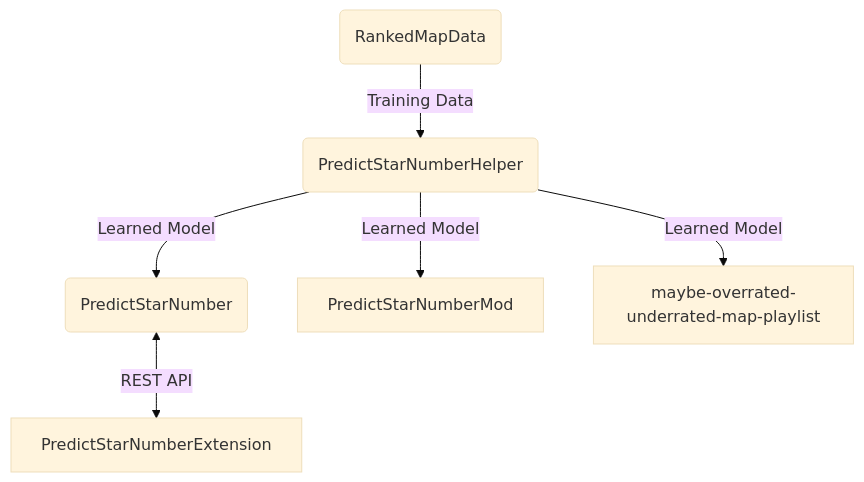
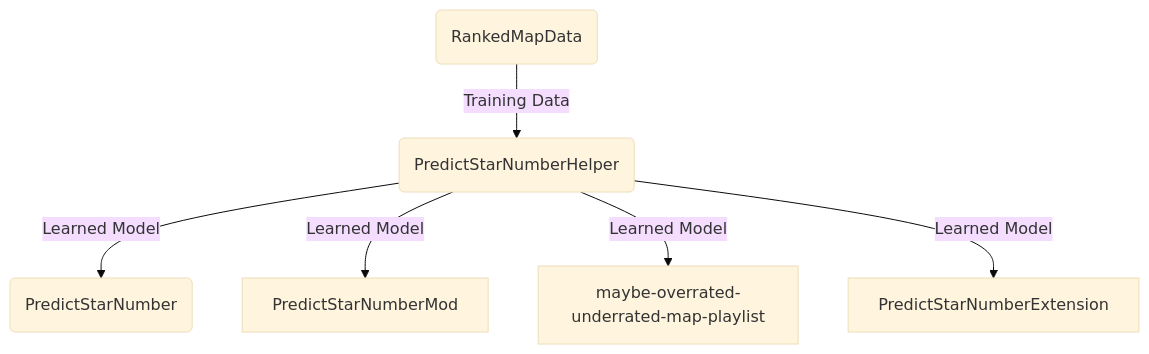
The diagram in content/production/BeatSaber/index.md (rakkyo150/rakkyo150.github.io), drawn with Mermaid (base theme) before and after one commit. The commit also changed other lines of this file and 7 other files, not shown here.

```diff
--- a/content/production/BeatSaber/index.md
+++ b/content/production/BeatSaber/index.md
@@ -31,8 +39,8 @@
 {{< mermaid >}}
 flowchart
 First(RankedMapData) -- Training Data --> Second(PredictStarNumberHelper)
 Second -- Learned Model --> Third(PredictStarNumber)
 Second -- Learned Model --> PredictStarNumberMod
 Second -- Learned Model --> maybe-overrated-underrated-map-playlist
-Third <-- REST API --> PredictStarNumberExtension
+Second -- Learned Model --> PredictStarNumberExtension
 {{< /mermaid >}}
```
